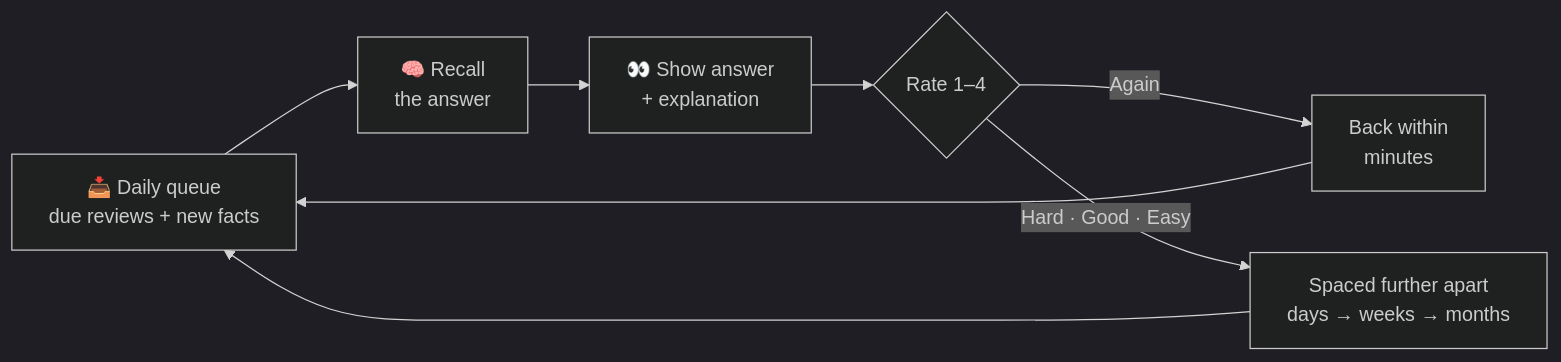
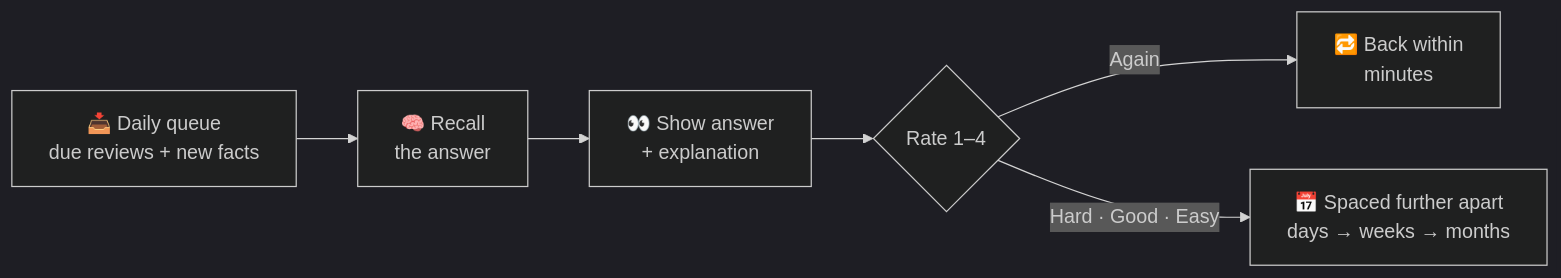
One commit to 67minutes/petrobowl-trainer-desktop changed the diagram in README.md. Above: the diagram before and after it, drawn with Mermaid (dark theme). The commit also changed other lines of this file and 1 other file, not shown here.

Commit message:
docs: fill Study feature cell, simplify study-loop diagram

````diff
--- a/README.md
+++ b/README.md
@@ -72,10 +74,8 @@
 ```mermaid
 flowchart LR
     Q["📥 Daily queue<br/>due reviews + new facts"] --> R["🧠 Recall<br/>the answer"]
     R --> S["👀 Show answer<br/>+ explanation"]
     S --> T{"Rate 1–4"}
-    T -- "Again" --> M["Back within<br/>minutes"]
-    T -- "Hard · Good · Easy" --> F["Spaced further apart<br/>days → weeks → months"]
-    M --> Q
-    F --> Q
+    T -- "Again" --> M["🔁 Back within<br/>minutes"]
+    T -- "Hard · Good · Easy" --> F["📅 Spaced further apart<br/>days → weeks → months"]
 ```
````
